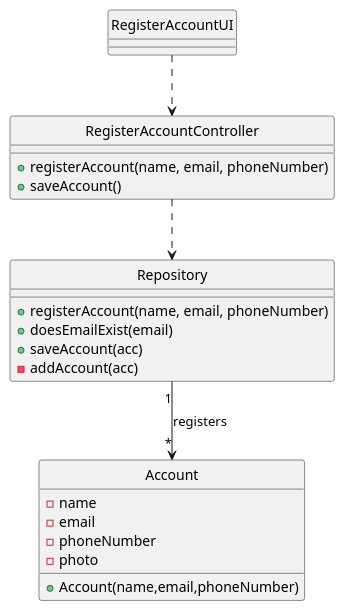
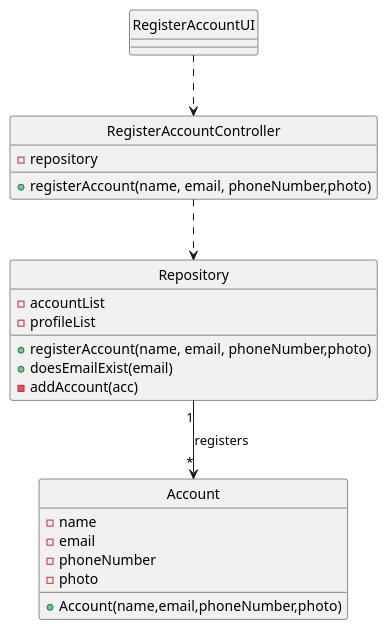
The diagram in docs/modelling_design/user_stories/us002/US002_Class_Diagram.puml (Loracline/project_switch_22-23), drawn with PlantUML before and after one commit. The commit also changed 8 other files, not shown here.

Commit message:
US002: Development: Added empty and initialized constructor,  and registerAccount methods to RegisterAccountController class, and respective tests; refined Account constructor,  refined registerAccount on Repository; CD and SD update

```diff
--- a/docs/modelling_design/user_stories/us002/US002_Class_Diagram.puml
+++ b/docs/modelling_design/user_stories/us002/US002_Class_Diagram.puml
@@ -1,36 +1,37 @@
 @startuml
 'https://plantuml.com/class-diagram
 
 class "RegisterAccountUI"{
 }
 
 class "RegisterAccountController" {
-+registerAccount(name, email, phoneNumber)
-+saveAccount()
++registerAccount(name, email, phoneNumber,photo)
+-repository
 }
 
 class "Repository" {
-+registerAccount(name, email, phoneNumber)
++registerAccount(name, email, phoneNumber,photo)
 +doesEmailExist(email)
-+saveAccount(acc)
+-accountList
+-profileList
 -addAccount(acc)
 }
 
 class "Account" {
 -name
 -email
 -phoneNumber
 -photo
-+Account(name,email,phoneNumber)
++Account(name,email,phoneNumber,photo)
 }
 
 hide "Account" circle
 hide "RegisterAccountController" circle
 hide "RegisterAccountUI" circle
 hide "Repository" circle
 
 "RegisterAccountUI" ..>  "RegisterAccountController"
 "RegisterAccountController" ..>  "Repository"
 "Repository" "1" --> "*" "Account": registers
 
 @enduml
```
